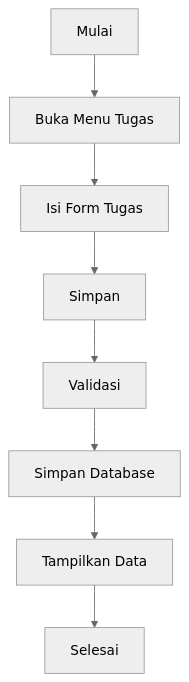
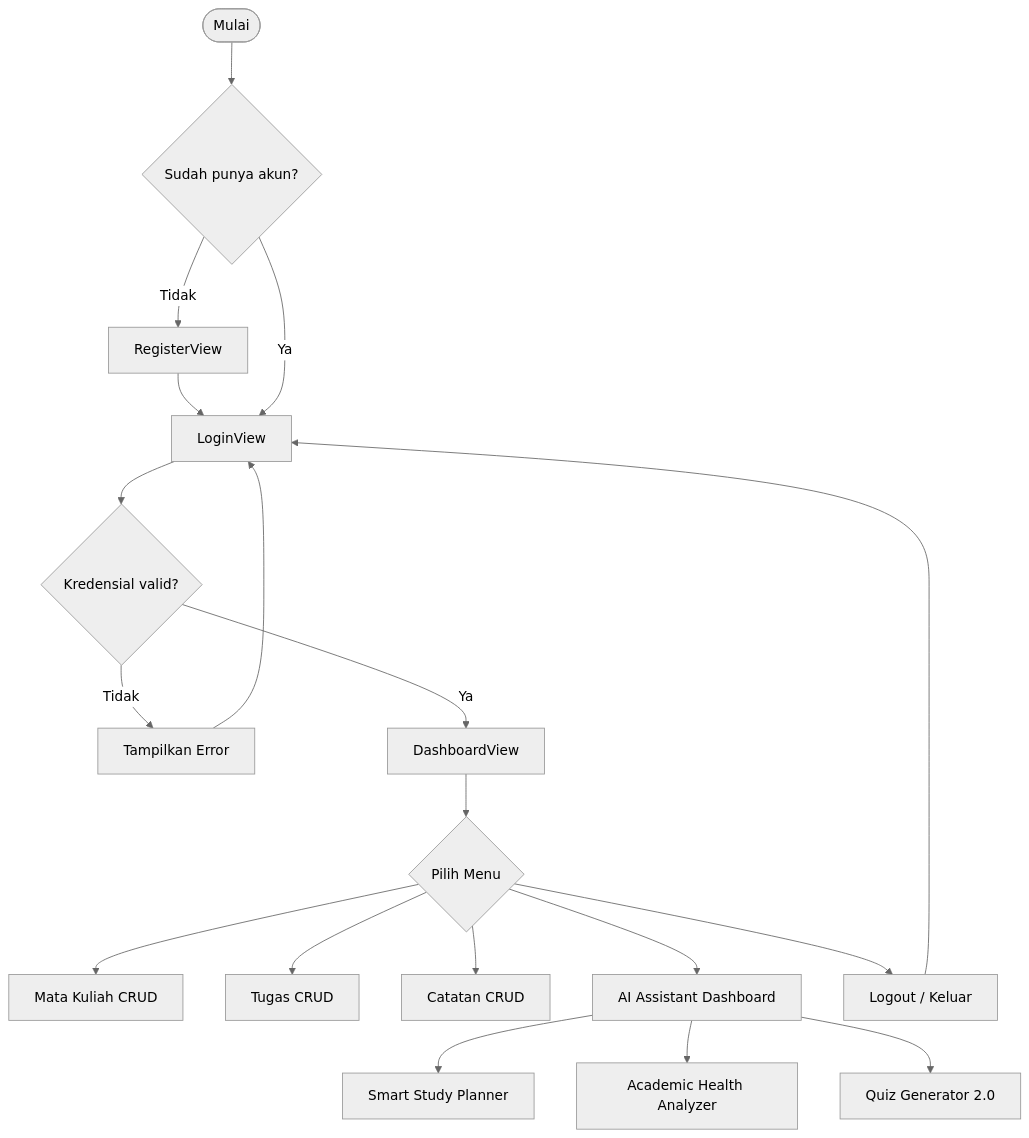
The second of 2 diagrams in SRS.md (RifkiFrds/umt-academic-asisstant), drawn with Mermaid (neutral theme) before and after one commit. The commit also changed other lines of this file and 8 other files, not shown here.

````diff
--- a/SRS.md
+++ b/SRS.md
@@ -380,20 +156,23 @@
 ```mermaid
 flowchart TD
-
-A[Mulai]
-B[Buka Menu Tugas]
-C[Isi Form Tugas]
-D[Simpan]
-E[Validasi]
-F[Simpan Database]
-G[Tampilkan Data]
-H[Selesai]
-
-A --> B
-B --> C
-C --> D
-D --> E
-E --> F
-F --> G
-G --> H
+    Start([Mulai]) --> Login{Sudah punya akun?}
+    Login -- Tidak --> Register[RegisterView]
+    Register --> LoginView[LoginView]
+    Login -- Ya --> LoginView
+    LoginView --> AuthCheck{Kredensial valid?}
+    AuthCheck -- Tidak --> Error[Tampilkan Error] --> LoginView
+    AuthCheck -- Ya --> Dashboard[DashboardView]
+    
+    Dashboard --> Menu{Pilih Menu}
+    Menu --> Courses[Mata Kuliah CRUD]
+    Menu --> Tasks[Tugas CRUD]
+    Menu --> Notes[Catatan CRUD]
+    Menu --> AI[AI Assistant Dashboard]
+    
+    AI --> StudyPlan[Smart Study Planner]
+    AI --> Health[Academic Health Analyzer]
+    AI --> Quiz[Quiz Generator 2.0]
+    
+    Menu --> Logout[Logout / Keluar]
+    Logout --> LoginView
 ```
````
